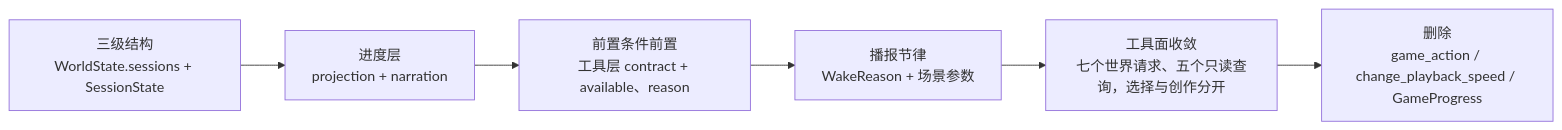
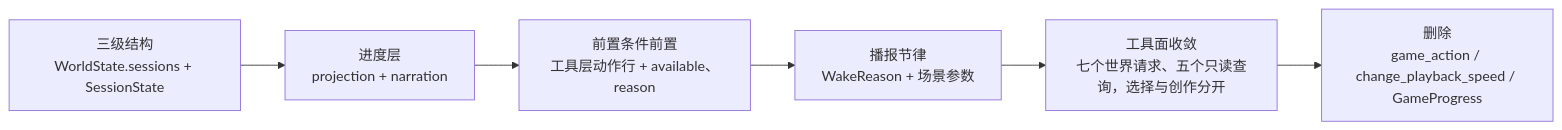
The fifth of 5 diagrams in docs/dev/SPEC-agent-interaction.md (HoldThatThgt/WorldMock), drawn with Mermaid before and after one commit. The commit also changed other lines of this file and 43 other files, not shown here.

````diff
--- a/docs/dev/SPEC-agent-interaction.md
+++ b/docs/dev/SPEC-agent-interaction.md
@@ -703,8 +684,8 @@
 ```mermaid
 flowchart LR
     A["三级结构<br/>WorldState.sessions + SessionState"] --> B["进度层<br/>projection + narration"]
-    B --> C["前置条件前置<br/>工具层 contract + available、reason"]
+    B --> C["前置条件前置<br/>工具层动作行 + available、reason"]
     C --> D["播报节律<br/>WakeReason + 场景参数"]
     D --> E["工具面收敛<br/>七个世界请求、五个只读查询，选择与创作分开"]
     E --> F["删除<br/>game_action / change_playback_speed / GameProgress"]
 ```
````
